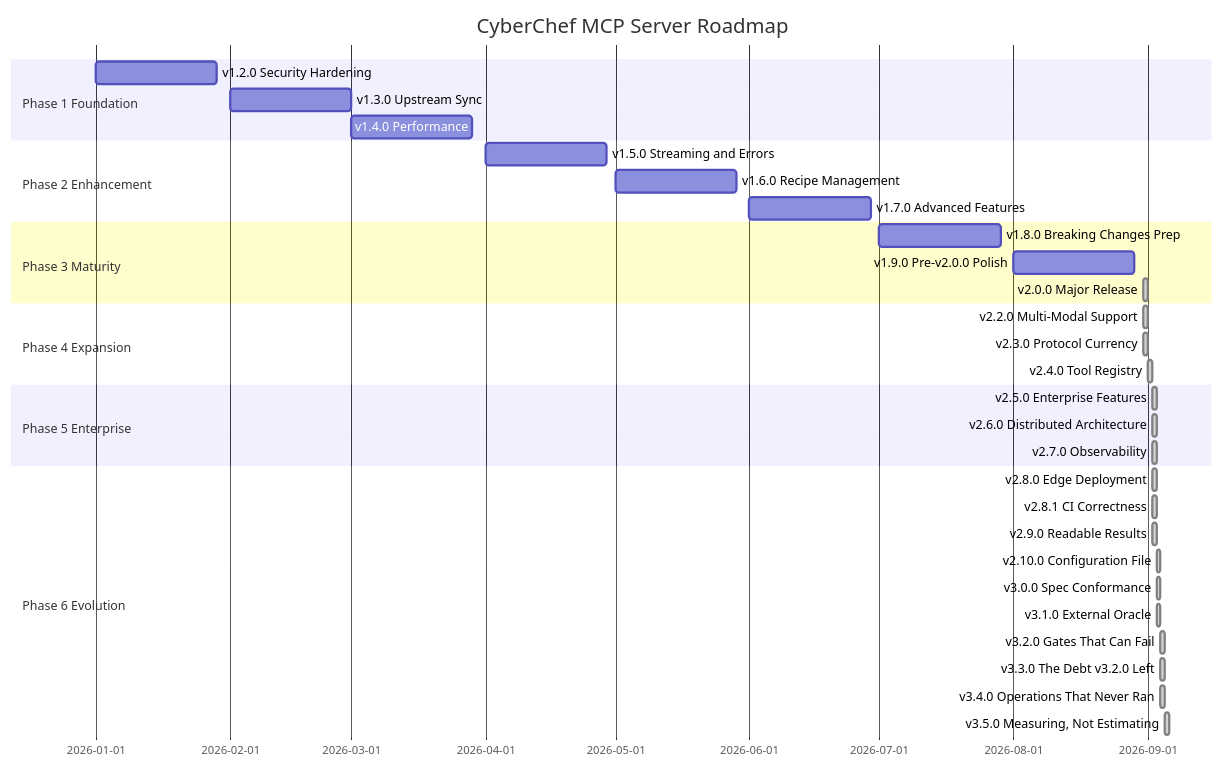
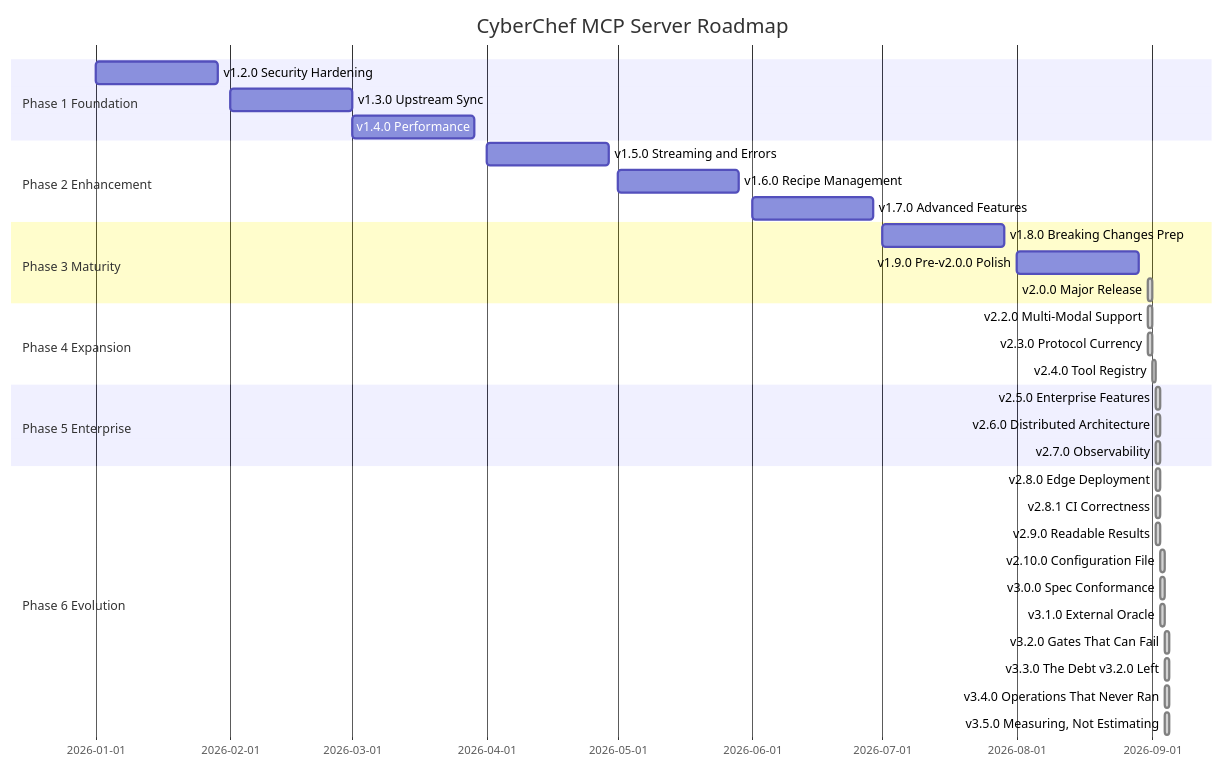
The diagram in docs/planning/ROADMAP.md (doublegate/CyberChef-MCP), drawn with Mermaid before and after one commit. The commit also changed other lines of this file and 7 other files, not shown here.

````diff
--- a/docs/planning/ROADMAP.md
+++ b/docs/planning/ROADMAP.md
@@ -67,36 +67,36 @@
 ```mermaid
 gantt
     title CyberChef MCP Server Roadmap
     dateFormat YYYY-MM-DD
     section Phase 1 Foundation
     v1.2.0 Security Hardening           :2026-01-01, 4w
     v1.3.0 Upstream Sync                :2026-02-01, 4w
     v1.4.0 Performance                  :2026-03-01, 4w
     section Phase 2 Enhancement
     v1.5.0 Streaming and Errors         :2026-04-01, 4w
     v1.6.0 Recipe Management            :2026-05-01, 4w
     v1.7.0 Advanced Features            :2026-06-01, 4w
     section Phase 3 Maturity
     v1.8.0 Breaking Changes Prep        :2026-07-01, 4w
     v1.9.0 Pre-v2.0.0 Polish            :2026-08-01, 4w
     v2.0.0 Major Release                :done, 2026-08-31, 1d
     section Phase 4 Expansion
     v2.2.0 Multi-Modal Support          :done, 2026-08-31, 1d
     v2.3.0 Protocol Currency            :done, 2026-08-31, 1d
     v2.4.0 Tool Registry                :done, 2026-09-01, 1d
     section Phase 5 Enterprise
     v2.5.0 Enterprise Features          :done, 2026-09-02, 1d
     v2.6.0 Distributed Architecture     :done, 2026-09-02, 1d
     v2.7.0 Observability                :done, 2026-09-02, 1d
     section Phase 6 Evolution
     v2.8.0 Edge Deployment              :done, 2026-09-02, 1d
     v2.8.1 CI Correctness               :done, 2026-09-02, 1d
     v2.9.0 Readable Results             :done, 2026-09-02, 1d
     v2.10.0 Configuration File          :done, 2026-09-03, 1d
     v3.0.0 Spec Conformance             :done, 2026-09-03, 1d
     v3.1.0 External Oracle              :done, 2026-09-03, 1d
     v3.2.0 Gates That Can Fail          :done, 2026-09-04, 1d
     v3.3.0 The Debt v3.2.0 Left         :done, 2026-09-04, 1d
     v3.4.0 Operations That Never Ran    :done, 2026-09-04, 1d
-    v3.5.0 Measuring, Not Estimating    :done, 2026-09-05, 1d
+    v3.5.0 Measuring, Not Estimating    :done, 2026-09-04, 1d
 ```
````
